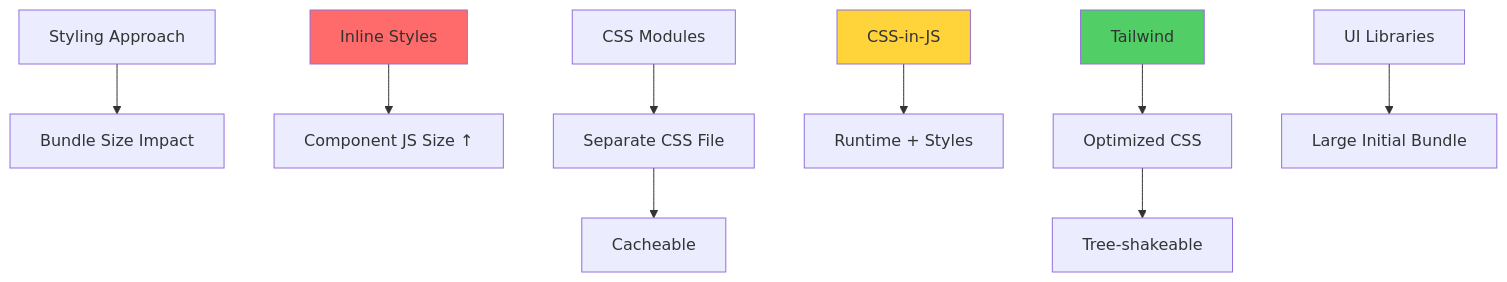
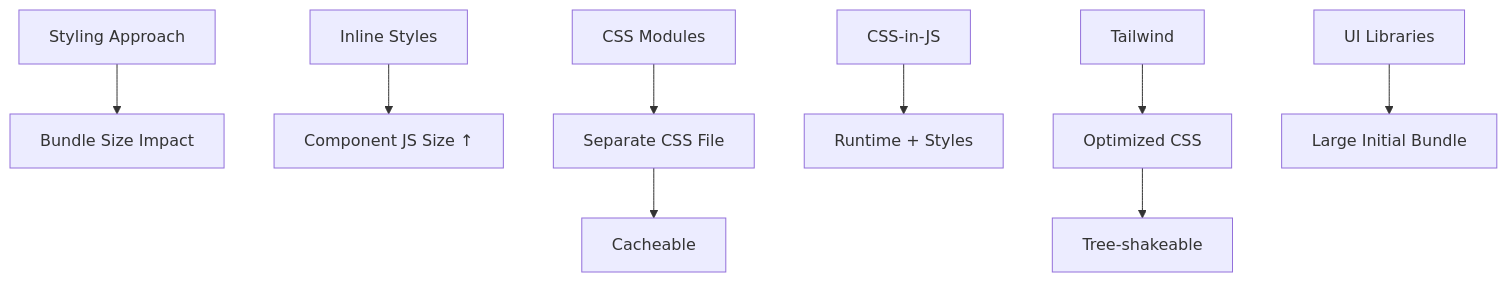
One commit to BabaScience/react-guides changed the fifth of 6 diagrams in arguments/chapters/04-react-styling.md. Above: the diagram before and after it, drawn with Mermaid. The commit also changed other lines of this file and 29 other files, not shown here.

First line of the commit message:
Bring React FR/IT translations to full English parity + theme-safe diagrams

````diff
--- a/arguments/chapters/04-react-styling.md
+++ b/arguments/chapters/04-react-styling.md
@@ -1990,17 +1981,14 @@
 ```mermaid
 graph TD
     A[Styling Approach] --> B[Bundle Size Impact]
     
     C[Inline Styles] --> D[Component JS Size ↑]
     E[CSS Modules] --> F[Separate CSS File]
     G[CSS-in-JS] --> H[Runtime + Styles]
     I[Tailwind] --> J[Optimized CSS]
     K[UI Libraries] --> L[Large Initial Bundle]
     
     F --> M[Cacheable]
     J --> N[Tree-shakeable]
     
-    style C fill:#ff6b6b
-    style G fill:#ffd43b
-    style I fill:#51cf66
 ```
````
